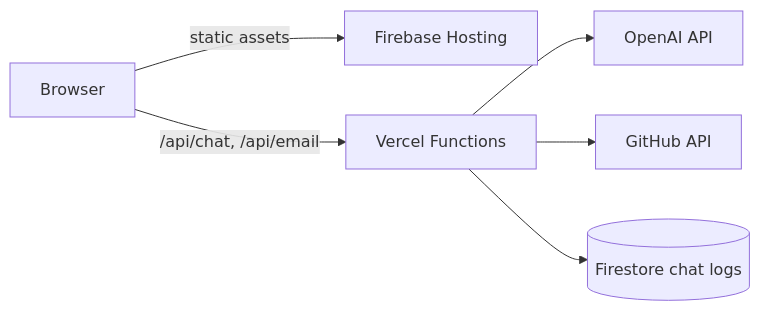
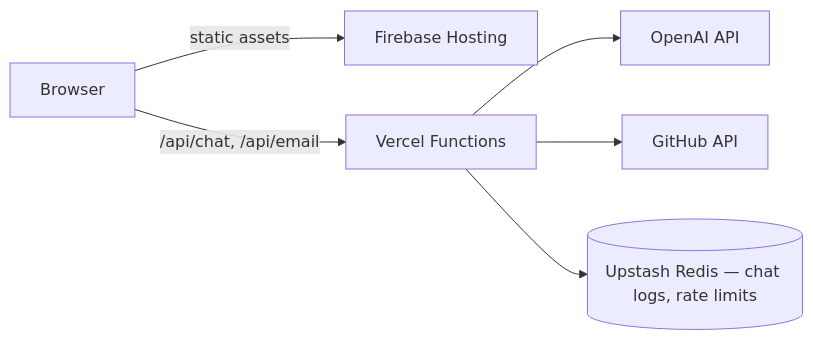
Before and after one commit to Stephen-Agyemang/portfolio: the diagram in README.md, drawn with Mermaid. The commit also changed other lines of this file and 6 other files, not shown here.

````diff
--- a/README.md
+++ b/README.md
@@ -33,8 +37,8 @@
 ```mermaid
 graph LR
     U[Browser] -->|static assets| F[Firebase Hosting]
     U -->|/api/chat, /api/email| V[Vercel Functions]
     V --> O[OpenAI API]
     V --> G[GitHub API]
-    V --> FS[(Firestore chat logs)]
+    V --> R[(Upstash Redis — chat logs, rate limits)]
 ```
````
